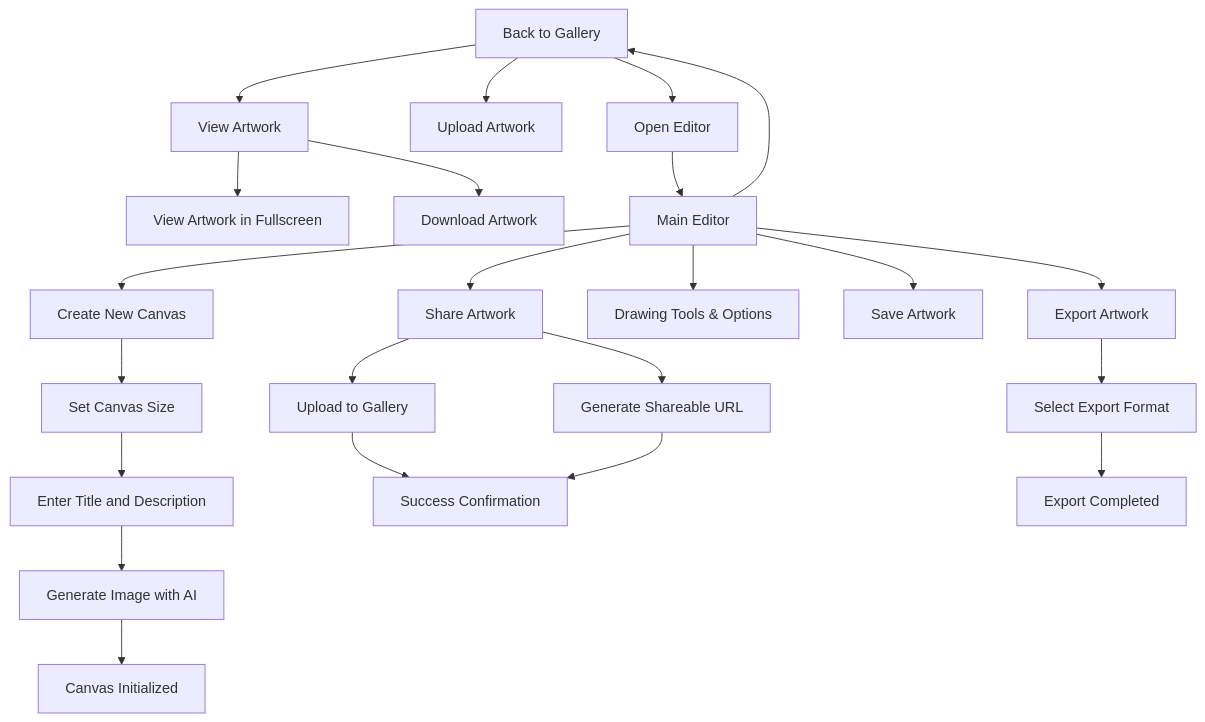
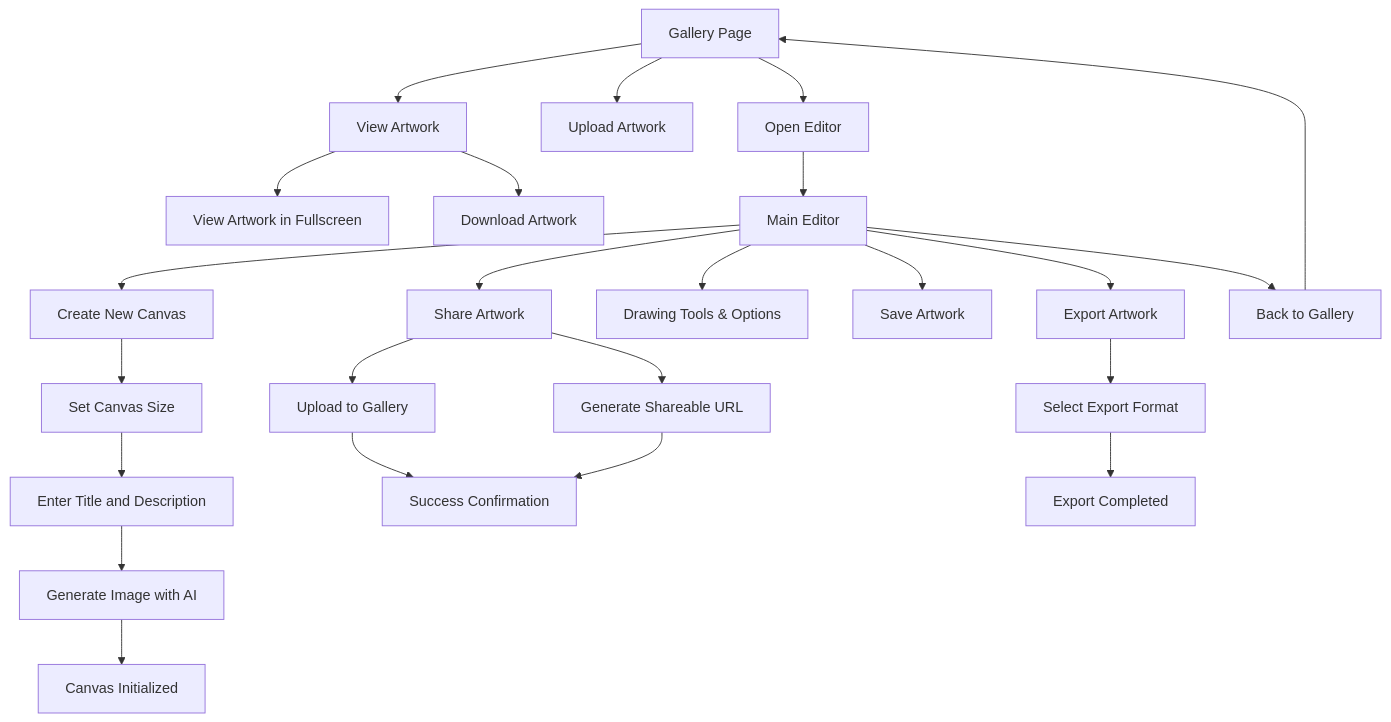
Before and after one commit to ConnorBP/pixel-intelligence: the diagram in README.md, drawn with Mermaid.

Commit message:
fixed page name being overridden

````diff
--- a/README.md
+++ b/README.md
@@ -188,31 +188,32 @@
 ```mermaid
 graph TD
     A[Gallery Page] --> B[View Artwork]
     A --> C[Upload Artwork]
     A --> D[Open Editor]
     
     B --> E[View Artwork in Fullscreen]
     B --> F[Download Artwork]
     
     Q --> G[Enter Title and Description]
     P --> H[Upload to Gallery]
     H --> I[Success Confirmation]
     P --> V[Generate Shareable URL]
     V --> I
     D --> J[Main Editor]
     
     J --> K[Create New Canvas]
     G --> L[Generate Image with AI]
     J --> M[Drawing Tools & Options]
     J --> N[Save Artwork]
     J --> O[Export Artwork]
     J --> P[Share Artwork]
-    J --> A[Back to Gallery]
+    J --> A2[Back to Gallery]
+    A2 --> A
     
     K --> Q[Set Canvas Size]
     L --> R[Canvas Initialized]
   
     O --> T[Select Export Format]
     T --> U[Export Completed]
 
 ```
````
